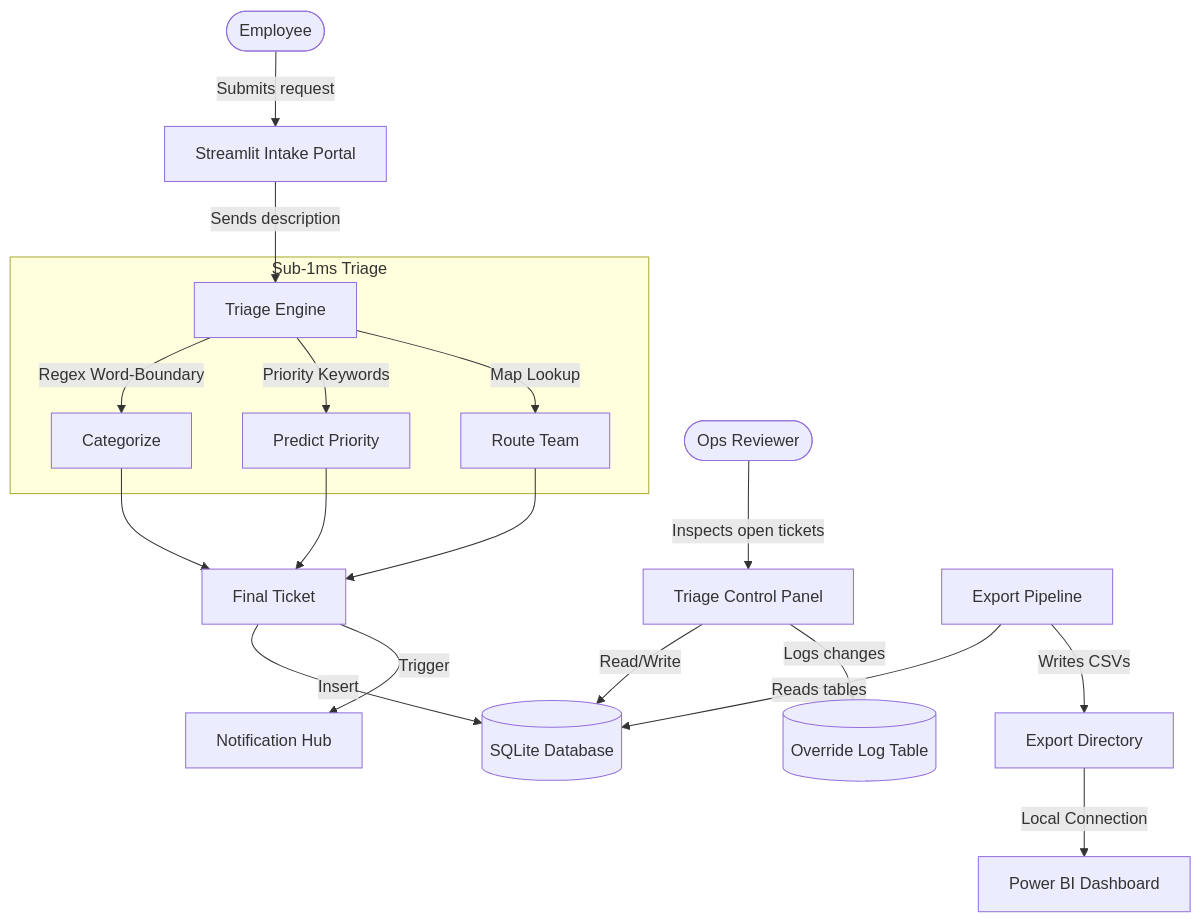
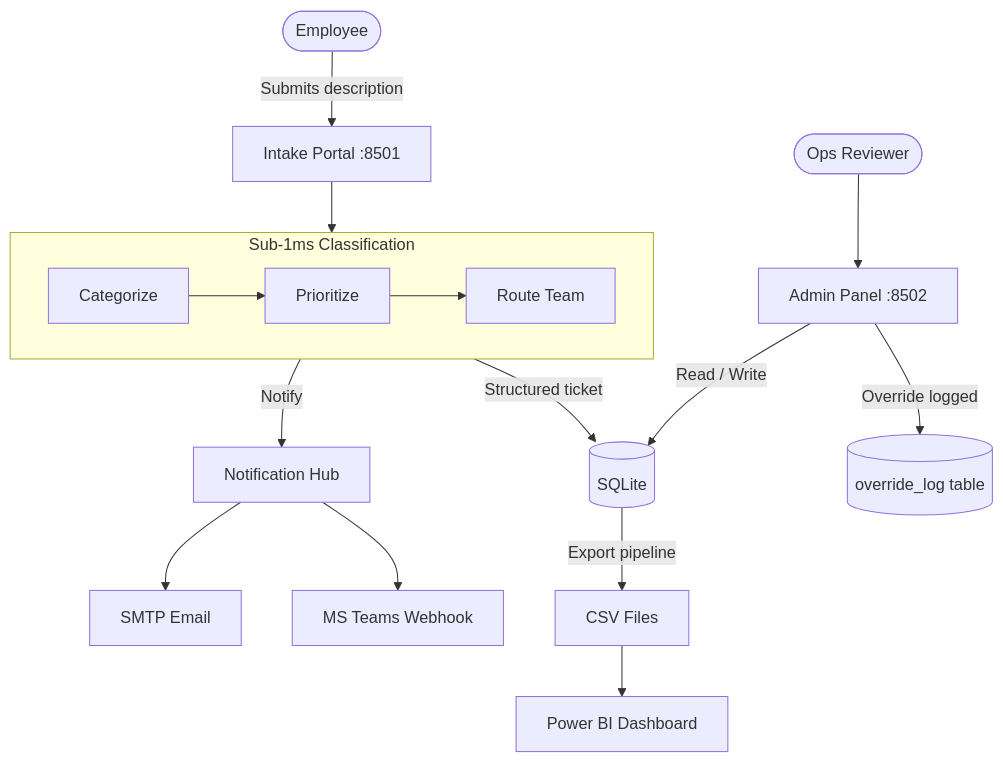
Before and after one commit to Vaibhavsahkk/smart-ops-triage: the diagram in README.md, drawn with Mermaid. The commit also changed other lines of this file and 3 other files, not shown here.

````diff
--- a/README.md
+++ b/README.md
@@ -52,27 +168,22 @@
 ```mermaid
 flowchart TD
-    User([Employee]) -->|Submits request| UserForm[Streamlit Intake Portal]
-    UserForm -->|Sends description| TriageEngine[Triage Engine]
+    User([Employee]) -->|Submits description| Portal[Intake Portal :8501]
+    Portal --> Engine[Triage Engine]
 
-    subgraph Engine Logic [Sub-1ms Triage]
-        TriageEngine -->|Regex Word-Boundary| Cat[Categorize]
-        TriageEngine -->|Priority Keywords| Prio[Predict Priority]
-        TriageEngine -->|Map Lookup| Team[Route Team]
+    subgraph Engine [Sub-1ms Classification]
+        direction LR
+        A[Categorize] --> B[Prioritize] --> C[Route Team]
     end
 
-    Cat --> Combine
-    Prio --> Combine
-    Team --> Combine
+    Engine -->|Structured ticket| DB[(SQLite)]
+    Engine -->|Notify| Hub[Notification Hub]
+    Hub --> Email[SMTP Email]
+    Hub --> Teams[MS Teams Webhook]
 
-    Combine[Final Ticket] -->|Insert| SQLite[(SQLite Database)]
-    Combine -->|Trigger| NotifHub[Notification Hub]
+    Admin([Ops Reviewer]) --> Panel[Admin Panel :8502]
+    Panel -->|Read / Write| DB
+    Panel -->|Override logged| Log[(override_log table)]
 
-    Admin([Ops Reviewer]) -->|Inspects open tickets| AdminPanel[Triage Control Panel]
-    AdminPanel -->|Read/Write| SQLite
-    AdminPanel -->|Logs changes| OverrideTable[(Override Log Table)]
-
-    ExportScript[Export Pipeline] -->|Reads tables| SQLite
-    ExportScript -->|Writes CSVs| CSVs[Export Directory]
-
-    CSVs -->|Local Connection| PowerBI[Power BI Dashboard]
+    DB -->|Export pipeline| CSVs[CSV Files]
+    CSVs --> PowerBI[Power BI Dashboard]
 ```
````
